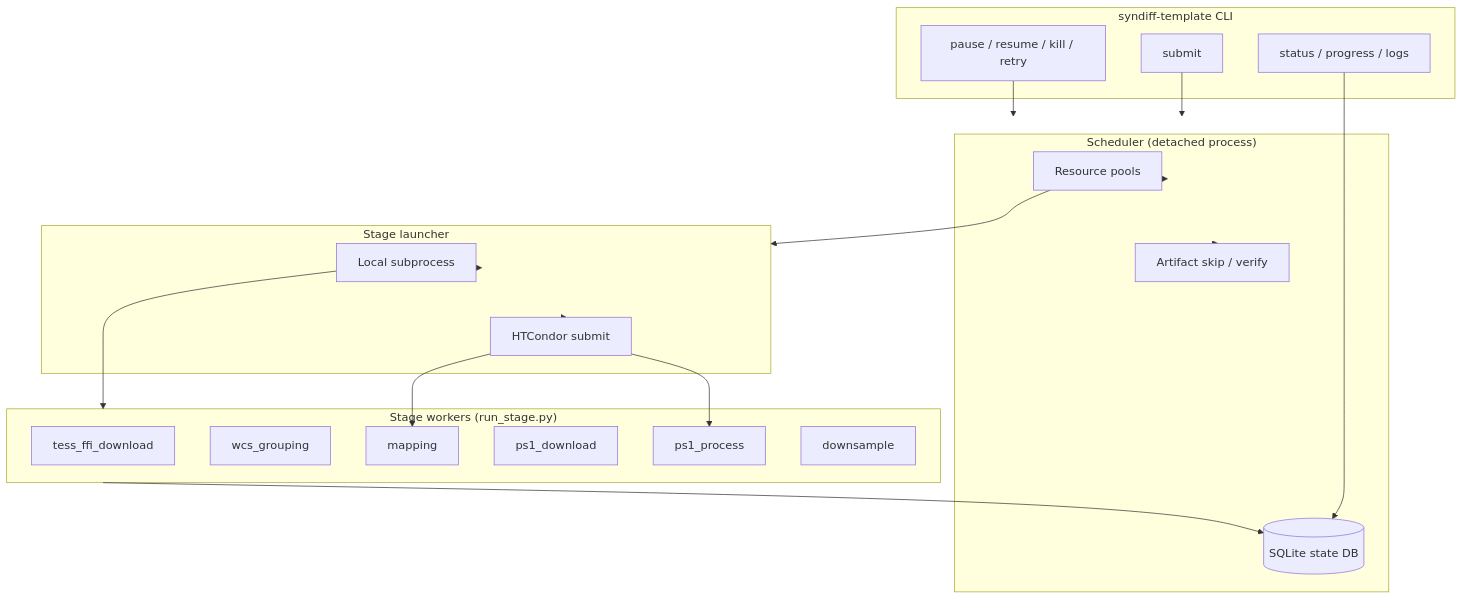
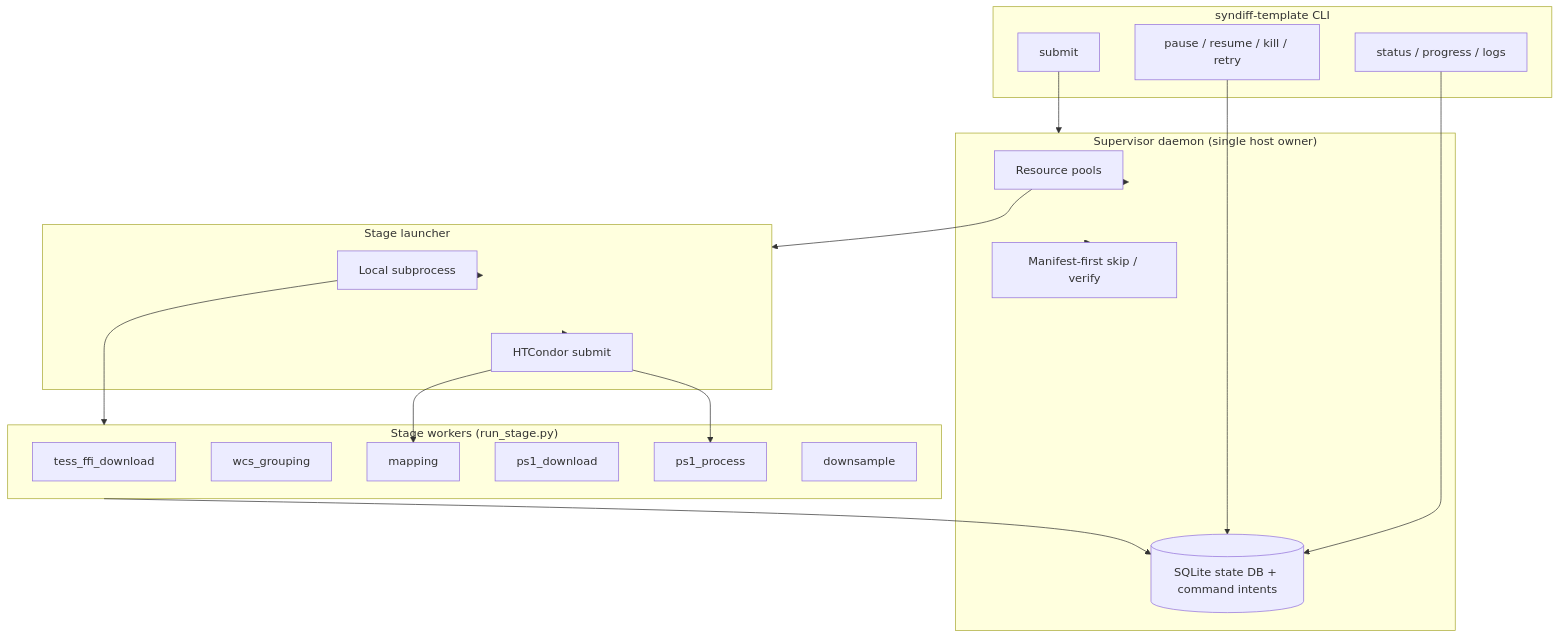
The diagram in docs/template_pipeline.md (zoutei/TSST_syndiff_pipeline), drawn with Mermaid before and after one commit. The commit also changed other lines of this file and 3 other files, not shown here.

````diff
--- a/docs/template_pipeline.md
+++ b/docs/template_pipeline.md
@@ -90,41 +90,41 @@
 ```mermaid
 flowchart TB
     subgraph CLI["syndiff-template CLI"]
         submit[submit]
         monitor[status / progress / logs]
         control[pause / resume / kill / retry]
     end
 
-    subgraph Scheduler["Scheduler (detached process)"]
+    subgraph Daemon["Supervisor daemon (single host owner)"]
         pools[Resource pools]
-        sqlite[(SQLite state DB)]
-        skip[Artifact skip / verify]
+        sqlite[(SQLite state DB + command intents)]
+        skip[Manifest-first skip / verify]
     end
 
     subgraph Launch["Stage launcher"]
         local[Local subprocess]
         condor[HTCondor submit]
     end
 
     subgraph Stages["Stage workers (run_stage.py)"]
         s1[tess_ffi_download]
         s2[wcs_grouping]
         s3[mapping]
         s4[ps1_download]
         s5[ps1_process]
         s6[downsample]
     end
 
-    submit --> Scheduler
+    submit --> Daemon
     monitor --> sqlite
-    control --> Scheduler
-    Scheduler --> pools
-    Scheduler --> skip
+    control --> sqlite
+    Daemon --> pools
+    Daemon --> skip
     pools --> Launch
     Launch --> local
     Launch --> condor
     local --> Stages
     condor --> s3
     condor --> s5
     Stages --> sqlite
 ```
````
